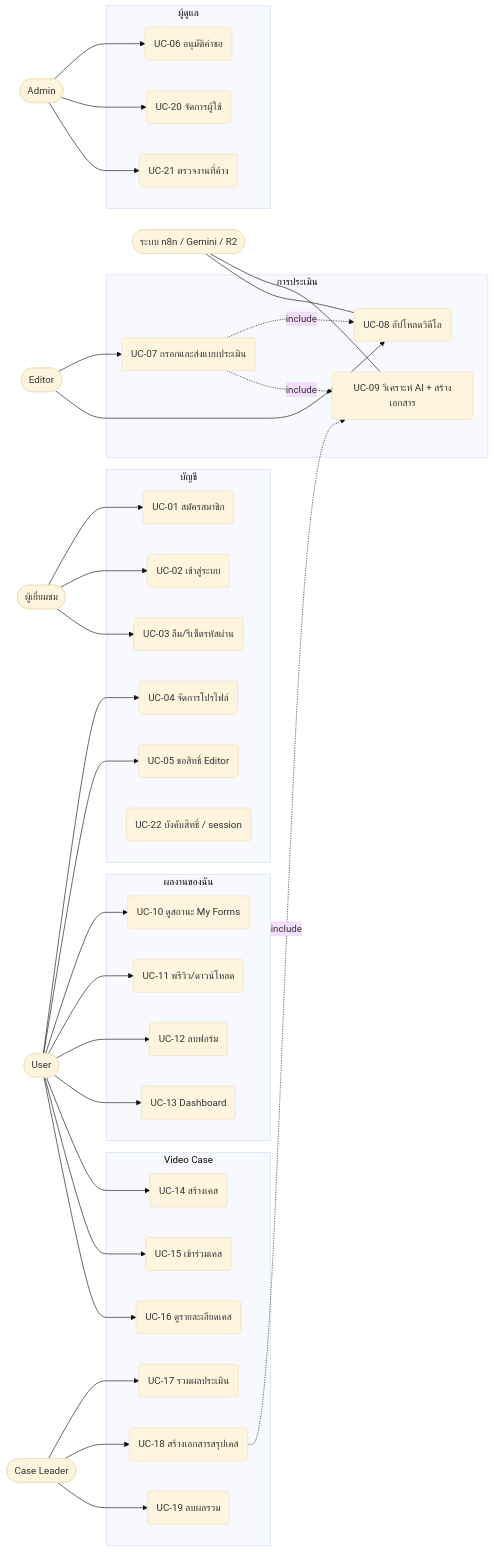
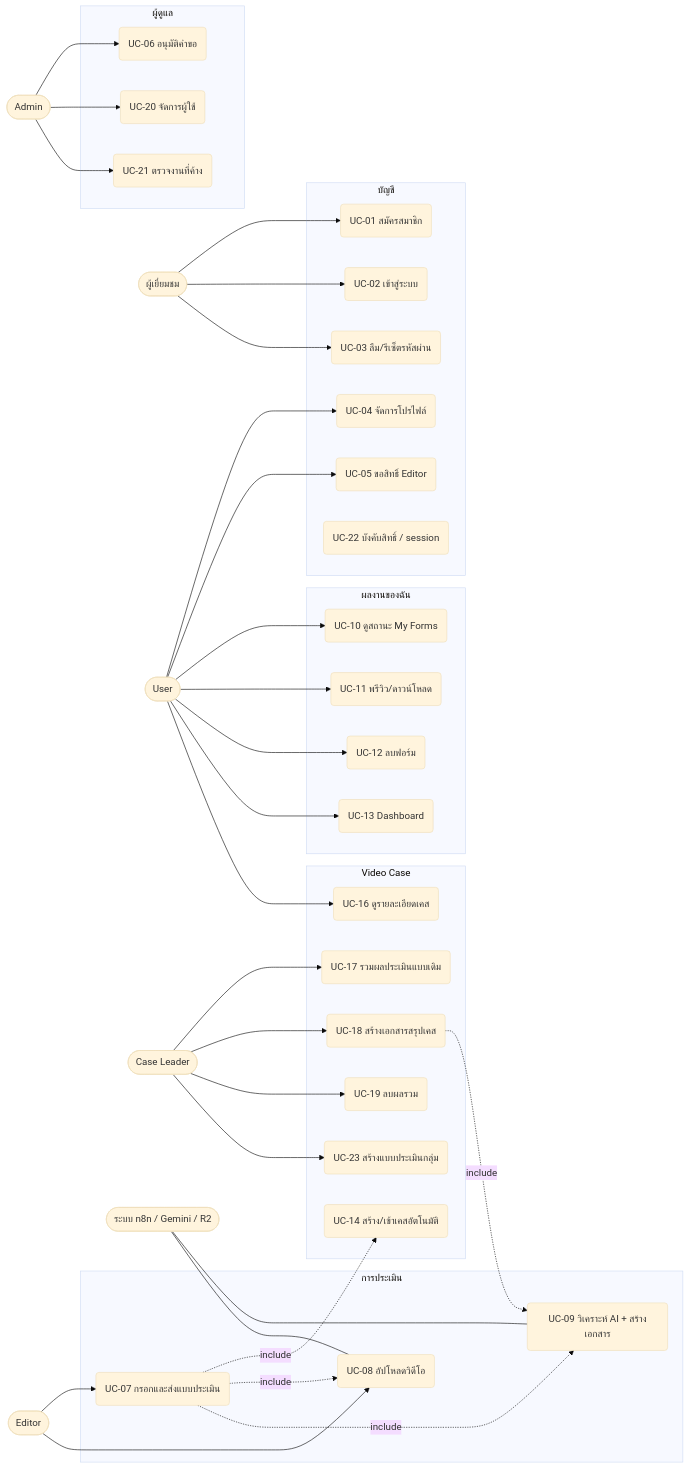
The diagram in docs/use-cases.md (vidalyzethammachart-max/VIA-v4), drawn with Mermaid (base theme) before and after one commit. The commit also changed other lines of this file, not shown here.

````diff
--- a/docs/use-cases.md
+++ b/docs/use-cases.md
@@ -26,53 +27,54 @@
 ```mermaid
 flowchart LR
   V([ผู้เยี่ยมชม])
   U([User])
   E([Editor])
   L([Case Leader])
   A([Admin])
   S([ระบบ n8n / Gemini / R2])
 
   subgraph AUTH[บัญชี]
     UC01(UC-01 สมัครสมาชิก)
     UC02(UC-02 เข้าสู่ระบบ)
     UC03(UC-03 ลืม/รีเซ็ตรหัสผ่าน)
     UC04(UC-04 จัดการโปรไฟล์)
     UC05(UC-05 ขอสิทธิ์ Editor)
     UC22(UC-22 บังคับสิทธิ์ / session)
   end
   subgraph EVAL[การประเมิน]
     UC07(UC-07 กรอกและส่งแบบประเมิน)
     UC08(UC-08 อัปโหลดวิดีโอ)
     UC09(UC-09 วิเคราะห์ AI + สร้างเอกสาร)
   end
   subgraph MINE[ผลงานของฉัน]
     UC10(UC-10 ดูสถานะ My Forms)
     UC11(UC-11 พรีวิว/ดาวน์โหลด)
     UC12(UC-12 ลบฟอร์ม)
     UC13(UC-13 Dashboard)
   end
   subgraph CASE[Video Case]
-    UC14(UC-14 สร้างเคส)
-    UC15(UC-15 เข้าร่วมเคส)
+    UC14(UC-14 สร้าง/เข้าเคสอัตโนมัติ)
     UC16(UC-16 ดูรายละเอียดเคส)
-    UC17(UC-17 รวมผลประเมิน)
+    UC17(UC-17 รวมผลประเมินแบบเดิม)
     UC18(UC-18 สร้างเอกสารสรุปเคส)
     UC19(UC-19 ลบผลรวม)
+    UC23(UC-23 สร้างแบบประเมินกลุ่ม)
   end
   subgraph ADM[ผู้ดูแล]
     UC06(UC-06 อนุมัติคำขอ)
     UC20(UC-20 จัดการผู้ใช้)
     UC21(UC-21 ตรวจงานที่ค้าง)
   end
 
   V --> UC01 & UC02 & UC03
-  U --> UC04 & UC05 & UC10 & UC11 & UC12 & UC13 & UC14 & UC15 & UC16
+  U --> UC04 & UC05 & UC10 & UC11 & UC12 & UC13 & UC16
   E --> UC07 & UC08
-  L --> UC17 & UC18 & UC19
+  L --> UC17 & UC18 & UC19 & UC23
   A --> UC06 & UC20 & UC21
+  UC07 -. include .-> UC14
   UC07 -. include .-> UC08
   UC07 -. include .-> UC09
   UC18 -. include .-> UC09
   S --- UC09
   S --- UC08
 ```
````
